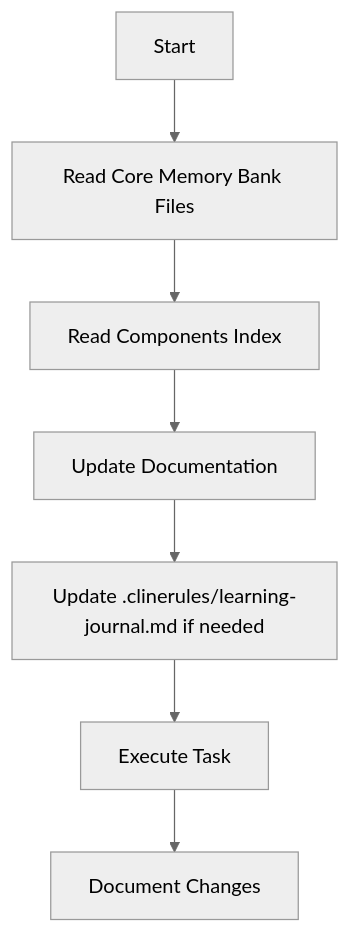
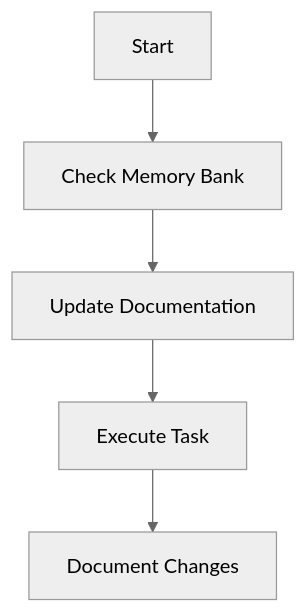
One commit to gitpod-io/gitpod changed the third of 4 diagrams in .clinerules/memory-bank.md. Above: the diagram before and after it, drawn with Mermaid (neutral theme). The commit also changed other lines of this file and 4 other files, not shown here.

First line of the commit message:
memory-bank update

````diff
--- a/.clinerules/memory-bank.md
+++ b/.clinerules/memory-bank.md
@@ -100,9 +103,7 @@
 ```mermaid
 flowchart TD
-    Start[Start] --> Context[Read Core Memory Bank Files]
-    Context --> ReadIndex[Read Components Index]
-    ReadIndex --> Update[Update Documentation]
-    Update --> Rules[Update .clinerules/learning-journal.md if needed]
-    Rules --> Execute[Execute Task]
+    Start[Start] --> Context[Check Memory Bank]
+    Context --> Update[Update Documentation]
+    Update --> Execute[Execute Task]
     Execute --> Document[Document Changes]
 ```
````
